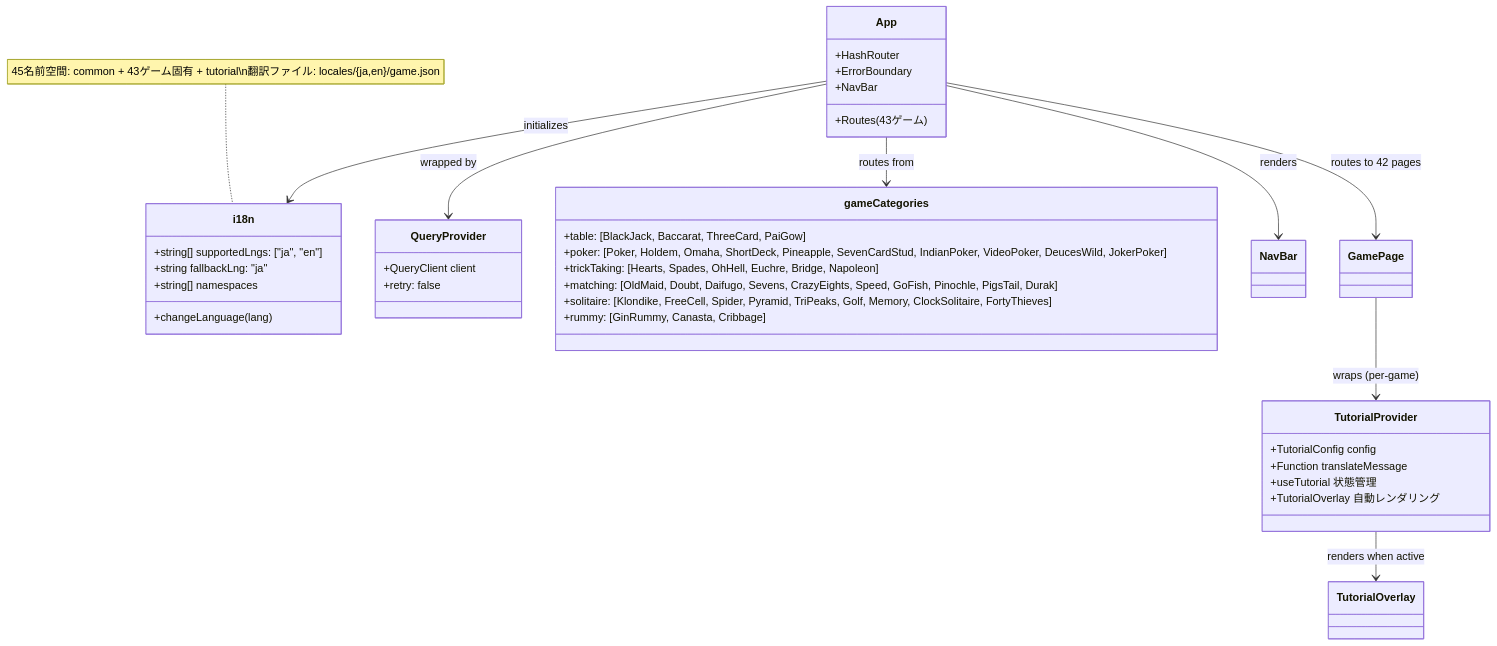
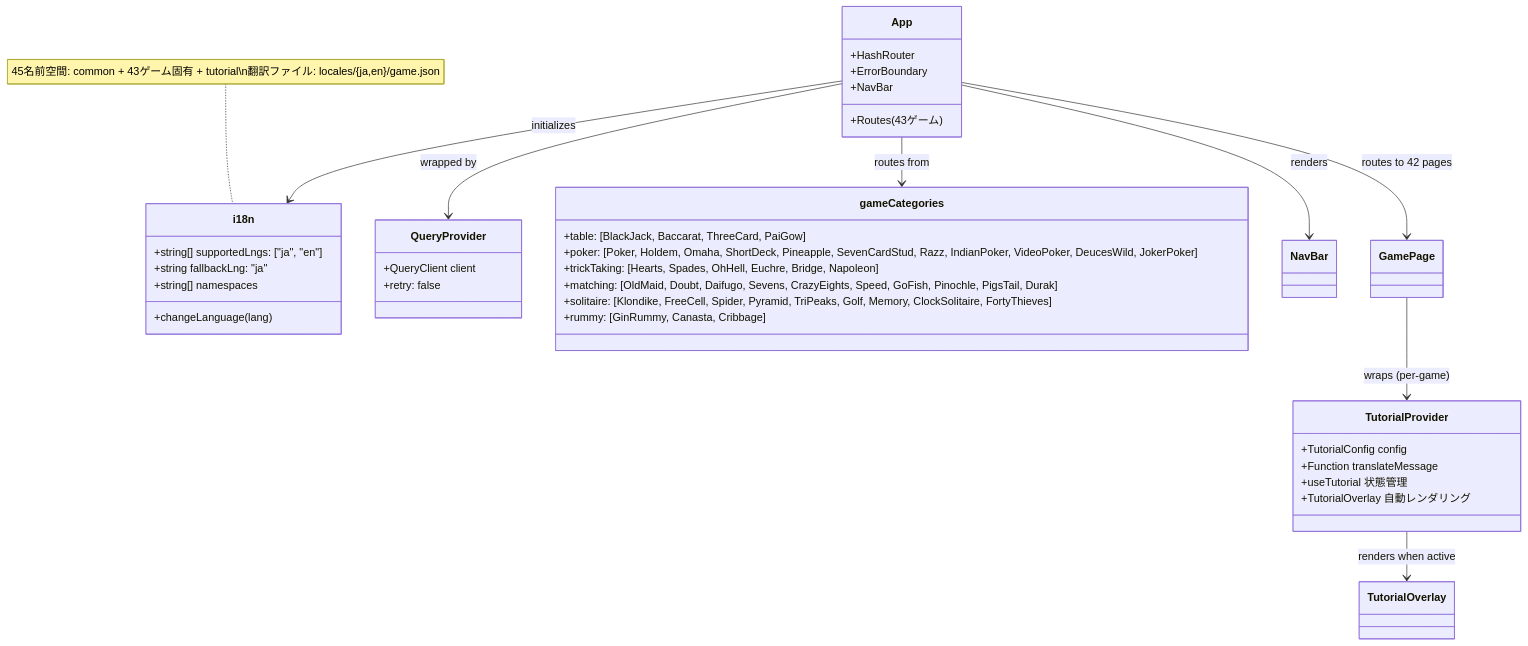
The ninth of 37 diagrams in docs/design/frontend.md (yuta-yoshinaga/go_trumpcards), drawn with Mermaid before and after one commit. The commit also changed other lines of this file and 44 other files, not shown here.

First line of the commit message:
feat: add Razz (A-5 lowball Seven Card Stud variant)

````diff
--- a/docs/design/frontend.md
+++ b/docs/design/frontend.md
@@ -1805,47 +1820,47 @@
 ```mermaid
 classDiagram
     class i18n {
         +string[] supportedLngs: ["ja", "en"]
         +string fallbackLng: "ja"
         +string[] namespaces
         +changeLanguage(lang)
     }
 
     class QueryProvider {
         +QueryClient client
         +retry: false
     }
 
     class App {
         +HashRouter
         +ErrorBoundary
         +NavBar
         +Routes (43ゲーム)
     }
 
     class gameCategories {
         +table: [BlackJack, Baccarat, ThreeCard, PaiGow]
-        +poker: [Poker, Holdem, Omaha, ShortDeck, Pineapple, SevenCardStud, IndianPoker, VideoPoker, DeucesWild, JokerPoker]
+        +poker: [Poker, Holdem, Omaha, ShortDeck, Pineapple, SevenCardStud, Razz, IndianPoker, VideoPoker, DeucesWild, JokerPoker]
         +trickTaking: [Hearts, Spades, OhHell, Euchre, Bridge, Napoleon]
         +matching: [OldMaid, Doubt, Daifugo, Sevens, CrazyEights, Speed, GoFish, Pinochle, PigsTail, Durak]
         +solitaire: [Klondike, FreeCell, Spider, Pyramid, TriPeaks, Golf, Memory, ClockSolitaire, FortyThieves]
         +rummy: [GinRummy, Canasta, Cribbage]
     }
 
     class TutorialProvider {
         +TutorialConfig config
         +Function translateMessage
         +useTutorial 状態管理
         +TutorialOverlay 自動レンダリング
     }
 
     App --> QueryProvider : wrapped by
     App --> i18n : initializes
     App --> gameCategories : routes from
     App --> NavBar : renders
     App --> GamePage : routes to 42 pages
     GamePage --> TutorialProvider : wraps (per-game)
     TutorialProvider --> TutorialOverlay : renders when active
 
     note for i18n "45名前空間: common + 43ゲーム固有 + tutorial\n翻訳ファイル: locales/{ja,en}/game.json"
 ```
````
